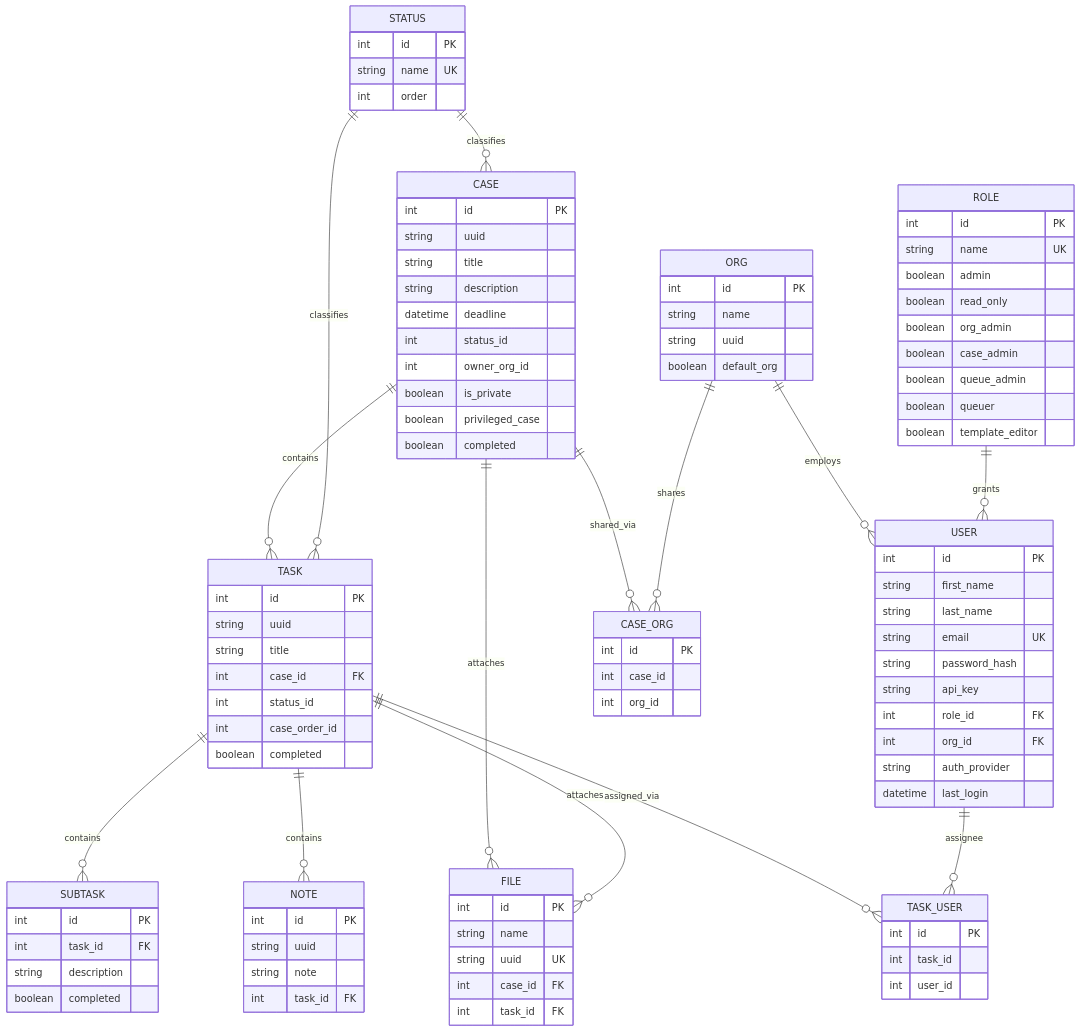
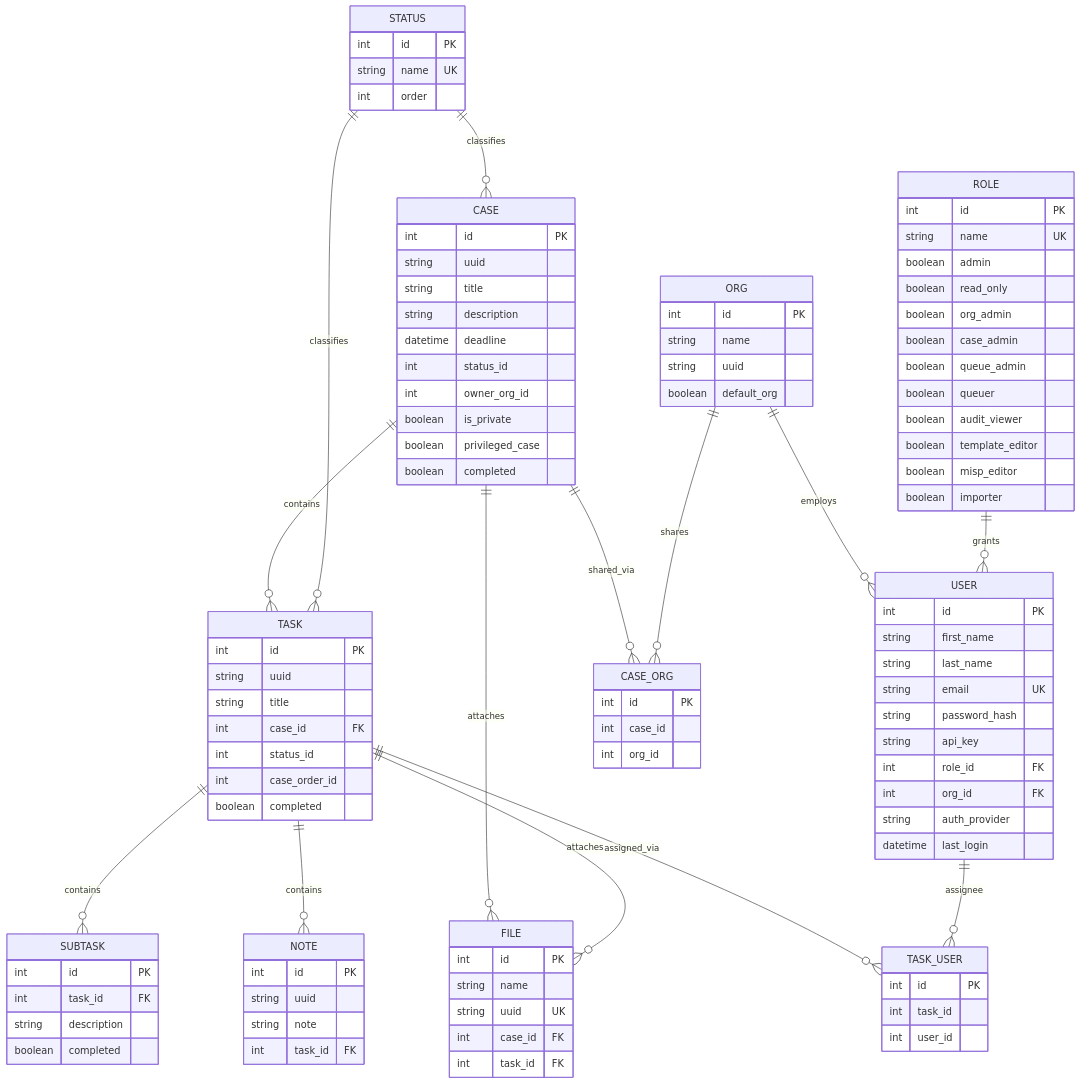
Before and after one commit to flowintel/flowintel: diagram 17 of 17 in doc/technical-specifications.md, drawn with Mermaid. The commit also changed other lines of this file and 18 other files, not shown here.

Commit message:
Documentation with technical design of Flowintel. Includes exports of Mermaid in PNG format, together with a drawio file.

```diff
--- a/doc/technical-specifications.md
+++ b/doc/technical-specifications.md
@@ -897,7 +919,10 @@
         boolean case_admin
         boolean queue_admin
         boolean queuer
+        boolean audit_viewer
         boolean template_editor
+        boolean misp_editor
+        boolean importer
     }
     CASE {
         int id PK
```
